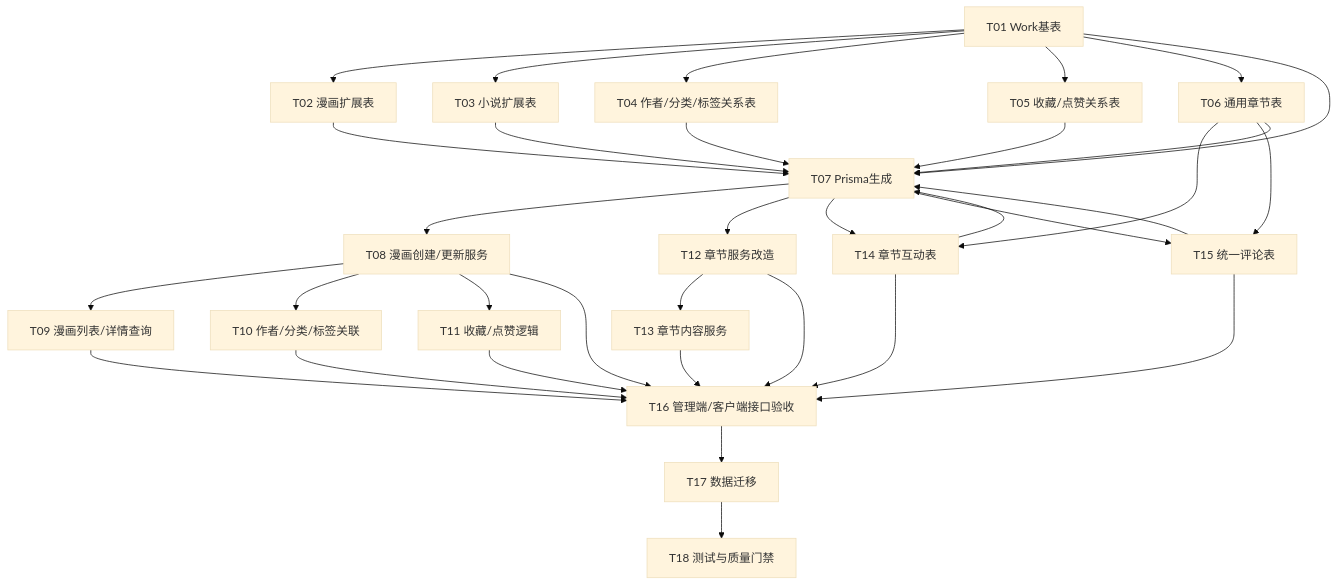
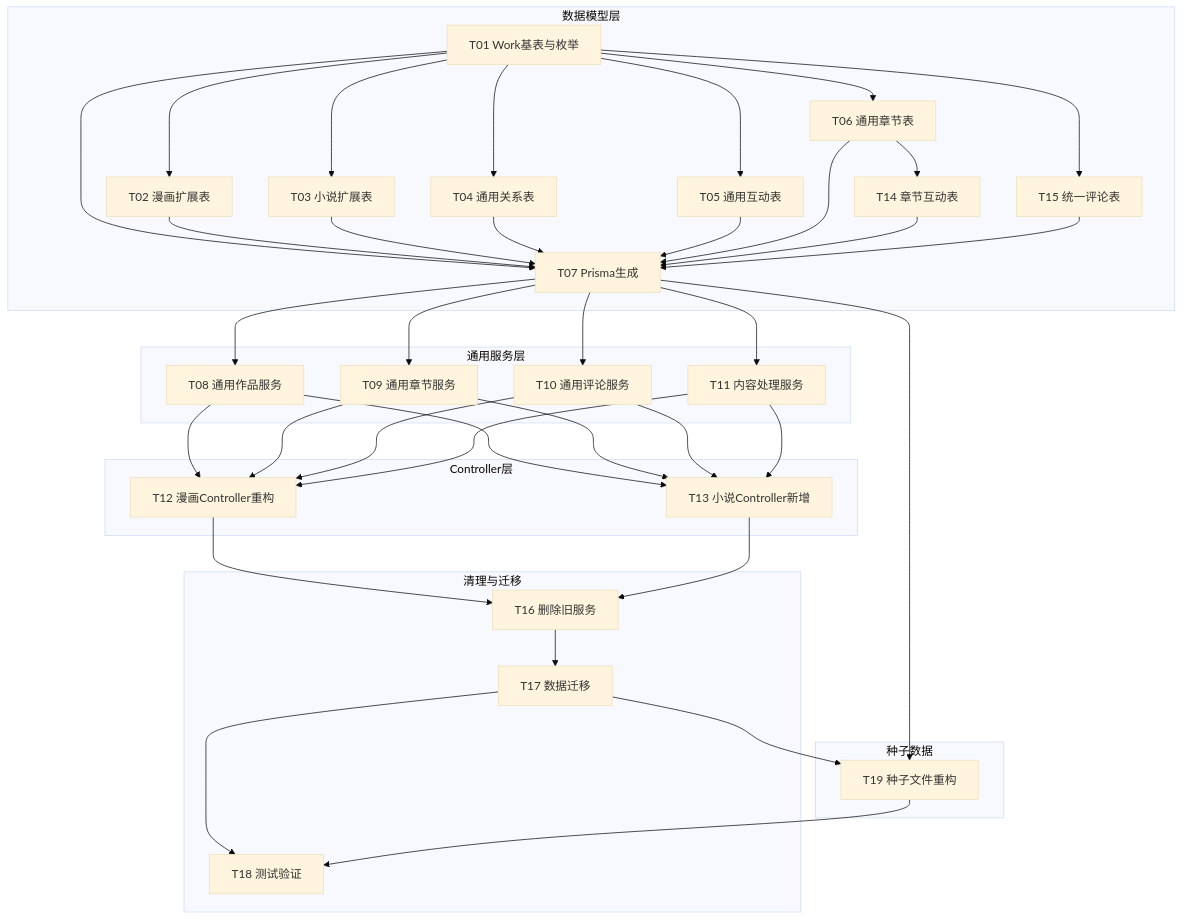
Before and after one commit to oneStrike/es-server: the diagram in .trae/specs/work-base-refactor/tasks.md, drawn with Mermaid (base theme). The commit also changed other lines of this file and 158 other files, not shown here.

````diff
--- a/.trae/specs/work-base-refactor/tasks.md
+++ b/.trae/specs/work-base-refactor/tasks.md
@@ -225,42 +259,77 @@
 ```mermaid
 graph TD
-    T01[T01 Work基表] --> T02[T02 漫画扩展表]
-    T01 --> T03[T03 小说扩展表]
-    T01 --> T04[T04 作者/分类/标签关系表]
-    T01 --> T05[T05 收藏/点赞关系表]
-    T01 --> T06[T06 通用章节表]
-    T06 --> T14[T14 章节互动表]
-    T06 --> T15[T15 统一评论表]
+    subgraph 数据模型层
+        T01[T01 Work基表与枚举]
+        T02[T02 漫画扩展表]
+        T03[T03 小说扩展表]
+        T04[T04 通用关系表]
+        T05[T05 通用互动表]
+        T06[T06 通用章节表]
+        T14[T14 章节互动表]
+        T15[T15 统一评论表]
+        T07[T07 Prisma生成]
+    end
 
-    T01 --> T07[T07 Prisma生成]
+    subgraph 通用服务层
+        T08[T08 通用作品服务]
+        T09[T09 通用章节服务]
+        T10[T10 通用评论服务]
+        T11[T11 内容处理服务]
+    end
+
+    subgraph Controller层
+        T12[T12 漫画Controller重构]
+        T13[T13 小说Controller新增]
+    end
+
+    subgraph 清理与迁移
+        T16[T16 删除旧服务]
+        T17[T17 数据迁移]
+        T18[T18 测试验证]
+    end
+
+    subgraph 种子数据
+        T19[T19 种子文件重构]
+    end
+
+    T01 --> T02
+    T01 --> T03
+    T01 --> T04
+    T01 --> T05
+    T01 --> T06
+    T06 --> T14
+    T01 --> T15
+
+    T01 --> T07
     T02 --> T07
     T03 --> T07
     T04 --> T07
     T05 --> T07
     T06 --> T07
     T14 --> T07
     T15 --> T07
 
-    T07 --> T08[T08 漫画创建/更新服务]
-    T07 --> T12[T12 章节服务改造]
-    T07 --> T14
-    T07 --> T15
+    T07 --> T08
+    T07 --> T09
+    T07 --> T10
+    T07 --> T11
 
-    T08 --> T09[T09 漫画列表/详情查询]
-    T08 --> T10[T10 作者/分类/标签关联]
-    T08 --> T11[T11 收藏/点赞逻辑]
+    T08 --> T12
+    T09 --> T12
+    T10 --> T12
+    T11 --> T12
 
-    T12 --> T13[T13 章节内容服务]
+    T08 --> T13
+    T09 --> T13
+    T10 --> T13
+    T11 --> T13
 
-    T08 --> T16[T16 管理端/客户端接口验收]
-    T09 --> T16
-    T10 --> T16
-    T11 --> T16
     T12 --> T16
     T13 --> T16
-    T14 --> T16
-    T15 --> T16
+    T16 --> T17
+    T17 --> T18
 
-    T16 --> T17[T17 数据迁移]
-    T17 --> T18[T18 测试与质量门禁]
+    T07 --> T19
+    T17 --> T19
+    T19 --> T18
 ```
````
